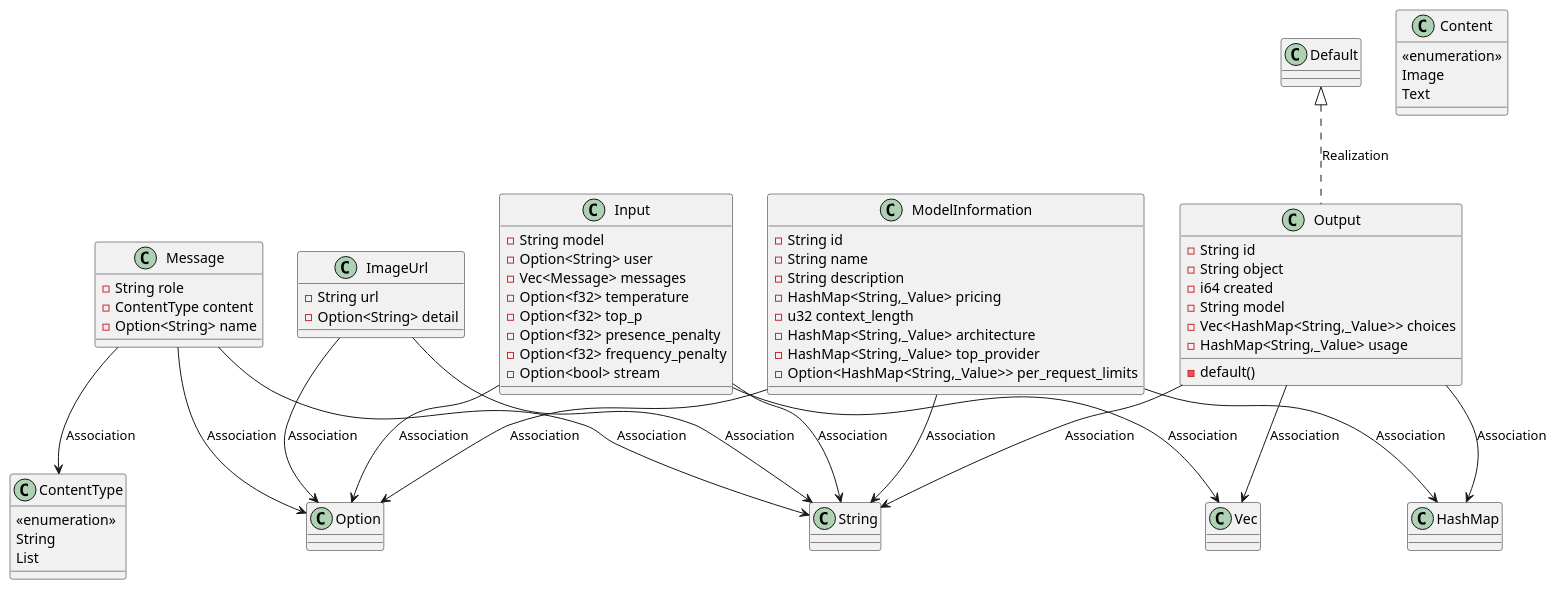
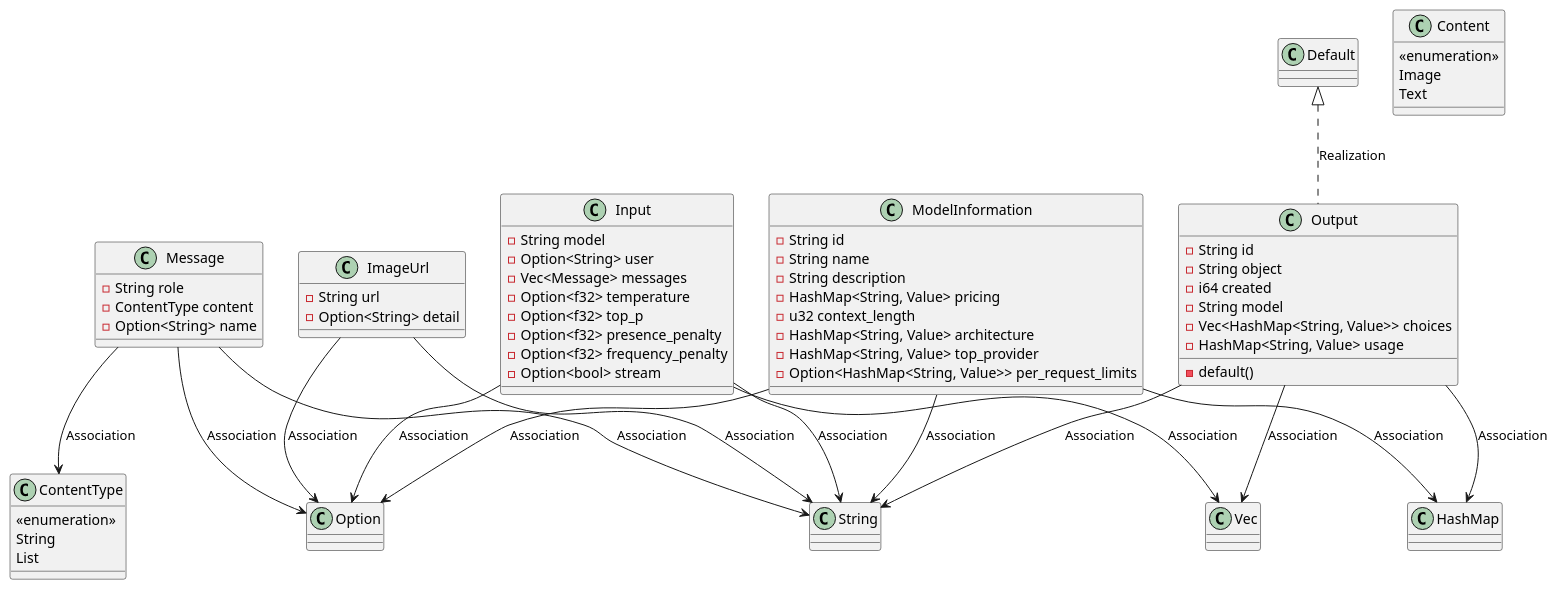
The first of 2 diagrams in openwiki/modules/src/application/dtos.md (lgcorzo/fastapi-autogen-team), drawn with PlantUML before and after one commit. The commit also changed other lines of this file and 34 other files, not shown here.

First line of the commit message:
fix: preserve angle brackets in PlantUML generation

````diff
--- a/openwiki/modules/src/application/dtos.md
+++ b/openwiki/modules/src/application/dtos.md
@@ -26,67 +26,67 @@
 ```plantuml
 @startuml
     class ImageUrl {
         -String url
         -Option<String> detail
     }
     class Content {
         <<enumeration>>
         Image
         Text
     }
     class ModelInformation {
         -String id
         -String name
         -String description
-        -HashMap<String,_Value> pricing
+        -HashMap<String, Value> pricing
         -u32 context_length
-        -HashMap<String,_Value> architecture
-        -HashMap<String,_Value> top_provider
-        -Option<HashMap<String,_Value>> per_request_limits
+        -HashMap<String, Value> architecture
+        -HashMap<String, Value> top_provider
+        -Option<HashMap<String, Value>> per_request_limits
     }
     class Message {
         -String role
         -ContentType content
         -Option<String> name
     }
     class ContentType {
         <<enumeration>>
         String
         List
     }
     class Input {
         -String model
         -Option<String> user
         -Vec<Message> messages
         -Option<f32> temperature
         -Option<f32> top_p
         -Option<f32> presence_penalty
         -Option<f32> frequency_penalty
         -Option<bool> stream
     }
     class Output {
         -String id
         -String object
         -i64 created
         -String model
-        -Vec<HashMap<String,_Value>> choices
-        -HashMap<String,_Value> usage
+        -Vec<HashMap<String, Value>> choices
+        -HashMap<String, Value> usage
         -default()
     }
     Default <|.. Output : Realization
     ImageUrl --> Option : Association
     ImageUrl --> String : Association
     Input --> Option : Association
     Input --> String : Association
     Input --> Vec : Association
     Message --> ContentType : Association
     Message --> Option : Association
     Message --> String : Association
     ModelInformation --> HashMap : Association
     ModelInformation --> Option : Association
     ModelInformation --> String : Association
     Output --> HashMap : Association
     Output --> String : Association
     Output --> Vec : Association
 @enduml
 ```
````
